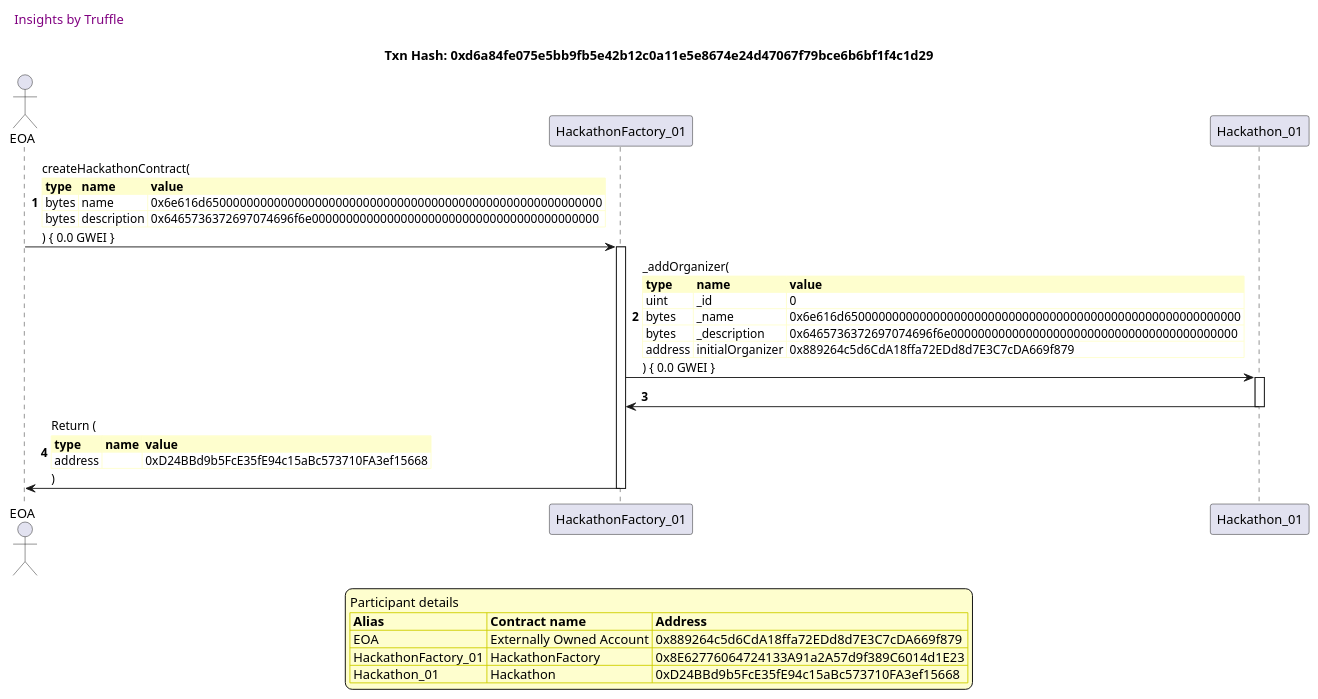
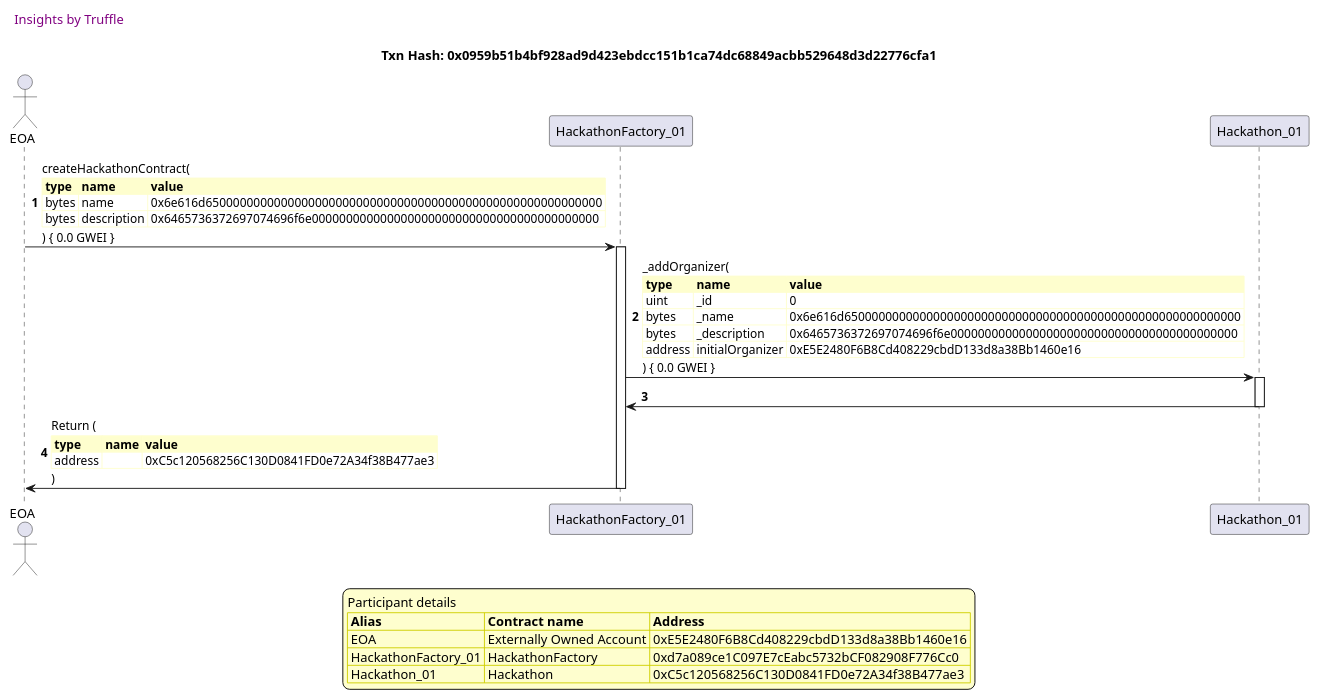
The sixth of 11 diagrams in truffle-seq/factory_hackathonfactory.md (fodisi/hackapay), drawn with PlantUML before and after one commit. The commit also changed other lines of this file and 10 other files, not shown here.

````diff
--- a/truffle-seq/factory_hackathonfactory.md
+++ b/truffle-seq/factory_hackathonfactory.md
@@ -272,54 +272,54 @@
 ```plantuml
 
 
 @startuml
 
 autonumber
 skinparam legendBackgroundColor #FEFECE
 
 <style>
       header {
         HorizontalAlignment left
         FontColor purple
         FontSize 14
         Padding 10
       }
     </style>
 
 header Insights by Truffle
 
-title Txn Hash: 0xd6a84fe075e5bb9fb5e42b12c0a11e5e8674e24d47067f79bce6b6bf1f4c1d29
+title Txn Hash: 0x0959b51b4bf928ad9d423ebdcc151b1ca74dc68849acbb529648d3d22776cfa1
 
 
 actor EOA as "EOA"
 participant HackathonFactory_01 as "HackathonFactory_01"
 participant Hackathon_01 as "Hackathon_01"
 
 "EOA" -> "HackathonFactory_01" ++: createHackathonContract(\n\
 <#FEFECE,#FEFECE>|= type |= name |= value |\n\
 | bytes | name | 0x6e616d6500000000000000000000000000000000000000000000000000000000 |\n\
 | bytes | description | 0x6465736372697074696f6e000000000000000000000000000000000000000000 |\n\
 ) { 0.0 GWEI }
 "HackathonFactory_01" -> "Hackathon_01" ++: _addOrganizer(\n\
 <#FEFECE,#FEFECE>|= type |= name |= value |\n\
 | uint | _id | 0 |\n\
 | bytes | _name | 0x6e616d6500000000000000000000000000000000000000000000000000000000 |\n\
 | bytes | _description | 0x6465736372697074696f6e000000000000000000000000000000000000000000 |\n\
-| address | initialOrganizer | 0x889264c5d6CdA18ffa72EDd8d7E3C7cDA669f879 |\n\
+| address | initialOrganizer | 0xE5E2480F6B8Cd408229cbdD133d8a38Bb1460e16 |\n\
 ) { 0.0 GWEI }
 "Hackathon_01" -> "HackathonFactory_01" --: 
 "HackathonFactory_01" -> "EOA" --: Return (\n\
 <#FEFECE,#FEFECE>|= type |= name |= value |\n\
-| address |  | 0xD24BBd9b5FcE35fE94c15aBc573710FA3ef15668 |\n\
+| address |  | 0xC5c120568256C130D0841FD0e72A34f38B477ae3 |\n\
 )
 
 legend
 Participant details
 <#FEFECE,#D0D000>|= Alias |= Contract name |= Address |
-<#FEFECE>| EOA | Externally Owned Account | 0x889264c5d6CdA18ffa72EDd8d7E3C7cDA669f879 |
-<#FEFECE>| HackathonFactory_01 | HackathonFactory | 0x8E62776064724133A91a2A57d9f389C6014d1E23 |
-<#FEFECE>| Hackathon_01 | Hackathon | 0xD24BBd9b5FcE35fE94c15aBc573710FA3ef15668 |
+<#FEFECE>| EOA | Externally Owned Account | 0xE5E2480F6B8Cd408229cbdD133d8a38Bb1460e16 |
+<#FEFECE>| HackathonFactory_01 | HackathonFactory | 0xd7a089ce1C097E7cEabc5732bCF082908F776Cc0 |
+<#FEFECE>| Hackathon_01 | Hackathon | 0xC5c120568256C130D0841FD0e72A34f38B477ae3 |
 endlegend
 
 @enduml
 ```
````
